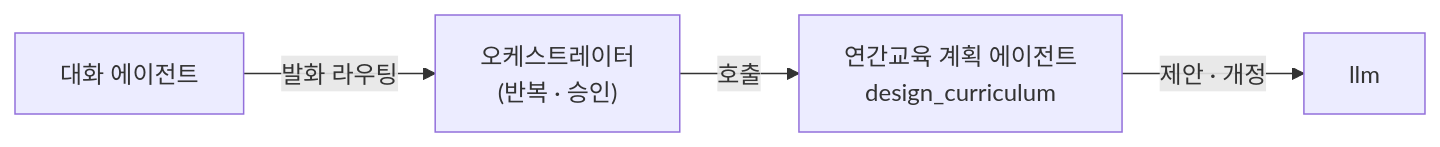
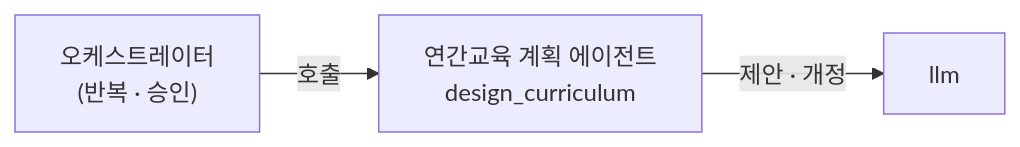
The first of 2 diagrams in docs/agents/annual_plan.md (Doc-AI-Agent-development/Doc-AI-Agent-development.github.io), drawn with Mermaid before and after one commit. The commit also changed other lines of this file, not shown here.

First line of the commit message:
Fix annual plan agent diagrams: start from orchestrator, drop vague gate

````diff
--- a/docs/agents/annual_plan.md
+++ b/docs/agents/annual_plan.md
@@ -26,6 +26,5 @@
 ```mermaid
 flowchart LR
-    DIALOG["대화 에이전트"] -->|"발화 라우팅"| ORCH["오케스트레이터<br/>(반복 · 승인)"]
-    ORCH -->|"호출"| SVC["연간교육 계획 에이전트<br/>design_curriculum"]
+    ORCH["오케스트레이터<br/>(반복 · 승인)"] -->|"호출"| SVC["연간교육 계획 에이전트<br/>design_curriculum"]
     SVC -->|"제안 · 개정"| LLM["llm"]
 ```
````
